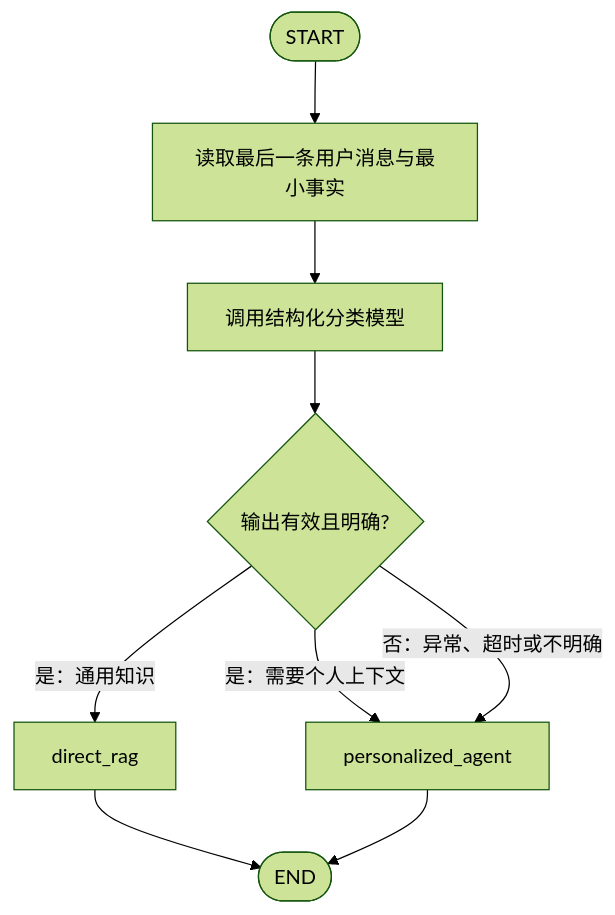
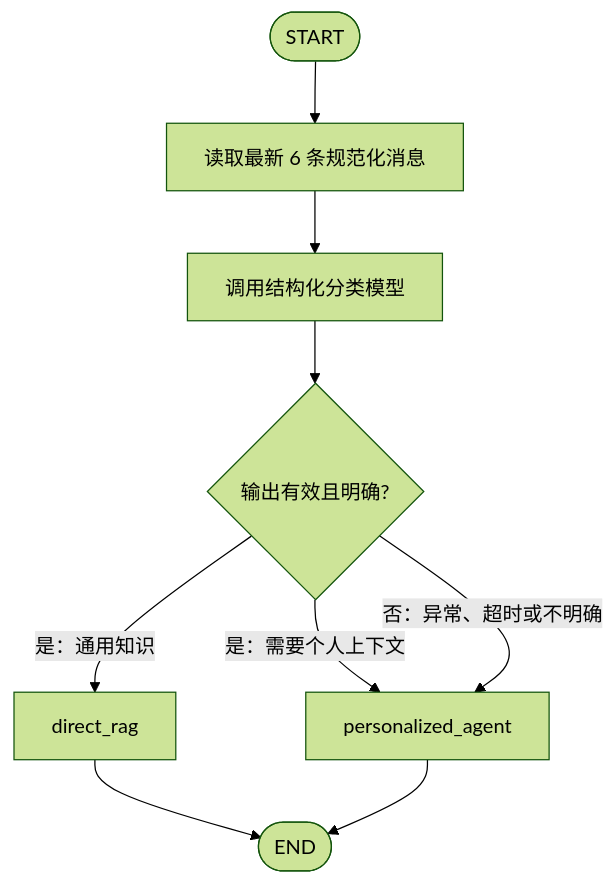
The fifth of 6 diagrams in docs/langgraph-chat-routing.md (Leewx-char/FitAgent), drawn with Mermaid (forest theme) before and after one commit. The commit also changed other lines of this file and 6 other files, not shown here.

````diff
--- a/docs/langgraph-chat-routing.md
+++ b/docs/langgraph-chat-routing.md
@@ -115,11 +130,11 @@
 ```mermaid
 flowchart TD
-    Start([START]) --> Inspect[读取最后一条用户消息与最小事实]
+    Start([START]) --> Inspect[读取最新 6 条规范化消息]
     Inspect --> Invoke[调用结构化分类模型]
     Invoke --> Valid{输出有效且明确?}
     Valid -->|是：通用知识| Direct[direct_rag]
     Valid -->|是：需要个人上下文| Agent[personalized_agent]
     Valid -->|否：异常、超时或不明确| Agent
     Direct --> End([END])
     Agent --> End
 ```
````
